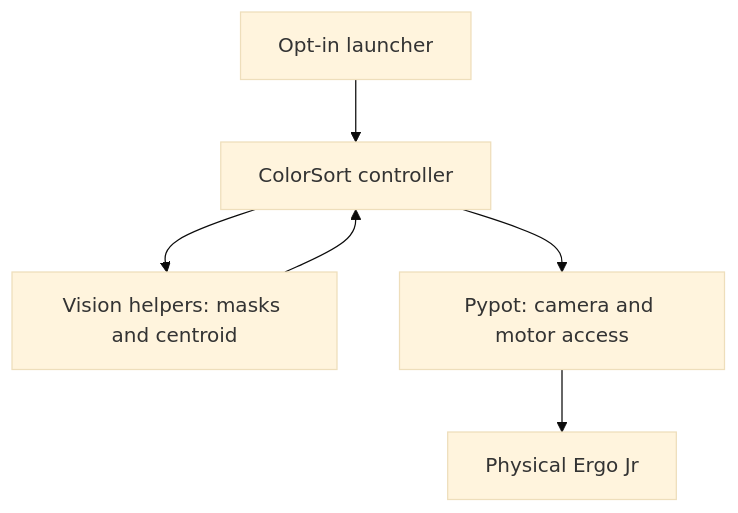
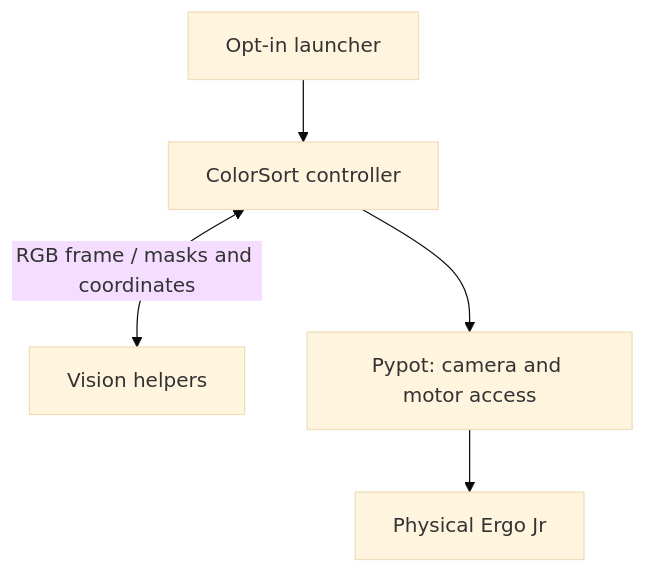
Before and after one commit to filip-labs/PoppyErgoJr: the diagram in README.md, drawn with Mermaid (base theme). The commit also changed other lines of this file and 2 other files, not shown here.

````diff
--- a/README.md
+++ b/README.md
@@ -59,8 +82,7 @@
 ```mermaid
 flowchart TD
     L["Opt-in launcher"] --> C["ColorSort controller"]
-    C --> V["Vision helpers: masks and centroid"]
-    V --> C
+    C <-->|"RGB frame / masks and coordinates"| V["Vision helpers"]
     C --> P["Pypot: camera and motor access"]
     P --> H["Physical Ergo Jr"]
 ```
````
